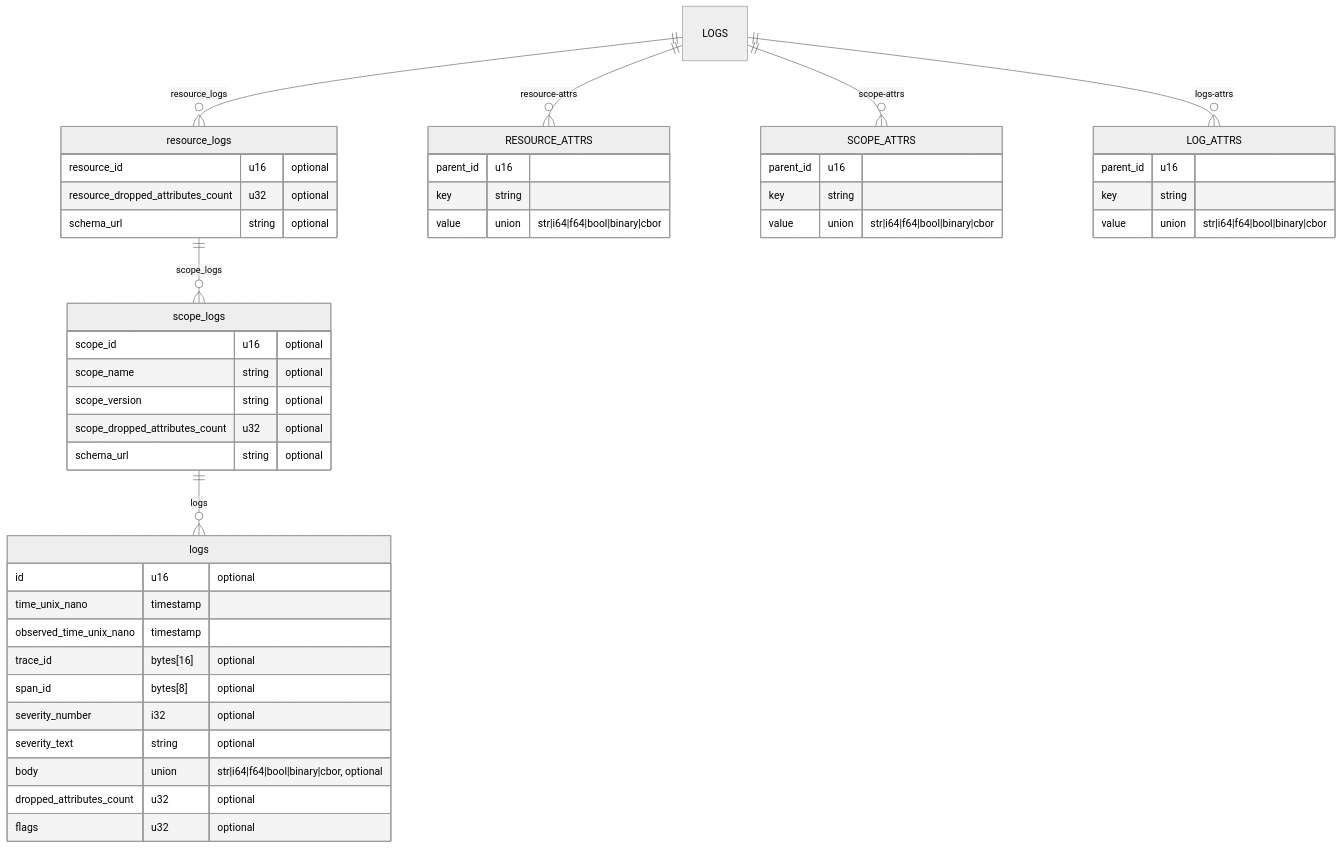
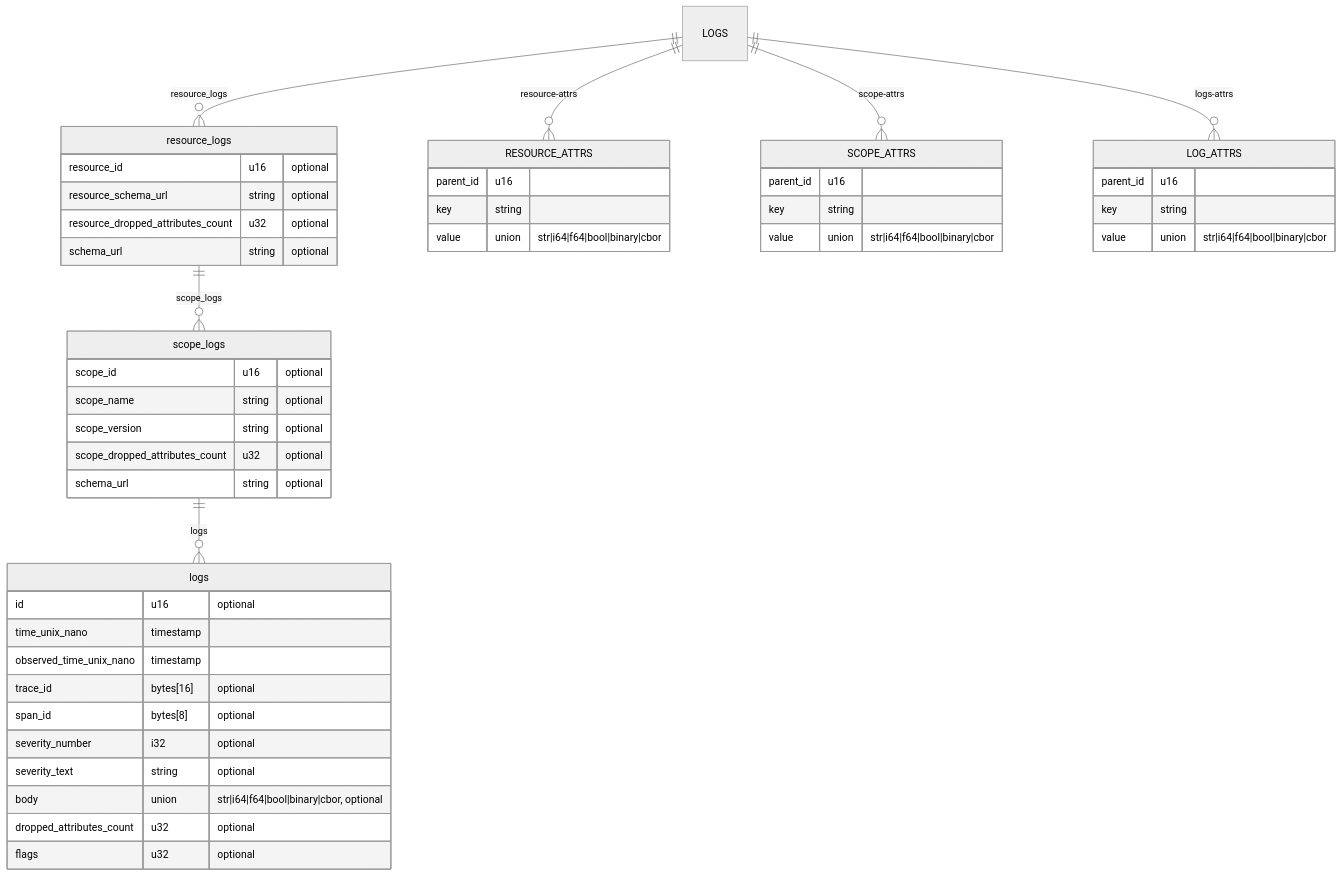
One commit to f5/otel-arrow-adapter changed the second of 3 diagrams in docs/data_model.md. Above: the diagram before and after it, drawn with Mermaid (neutral theme). The commit also changed other lines of this file and 28 other files, not shown here.

````diff
--- a/docs/data_model.md
+++ b/docs/data_model.md
@@ -218,50 +214,51 @@
 ```mermaid
 erDiagram
     LOGS ||--o{ resource_logs : resource_logs
     resource_logs ||--o{ scope_logs : scope_logs
     scope_logs ||--o{ logs : logs
     LOGS ||--o{ RESOURCE_ATTRS : resource-attrs
     LOGS ||--o{ SCOPE_ATTRS : scope-attrs
     LOGS ||--o{ LOG_ATTRS : logs-attrs
-    LOG_ATTRS{
-        parent_id u16 
-        key string 
-        value union "str|i64|f64|bool|binary|cbor"
-    }
-    LOGS{
-    }
-    resource_logs{
-        resource_id u16 "optional"
-        resource_dropped_attributes_count u32 "optional"
-        schema_url string "optional"
-    }
     scope_logs{
         scope_id u16 "optional"
         scope_name string "optional"
         scope_version string "optional"
         scope_dropped_attributes_count u32 "optional"
         schema_url string "optional"
     }
     logs{
         id u16 "optional"
         time_unix_nano timestamp 
         observed_time_unix_nano timestamp 
         trace_id bytes[16] "optional"
         span_id bytes[8] "optional"
         severity_number i32 "optional"
         severity_text string "optional"
         body union "str|i64|f64|bool|binary|cbor, optional"
         dropped_attributes_count u32 "optional"
         flags u32 "optional"
     }
     RESOURCE_ATTRS{
         parent_id u16 
         key string 
         value union "str|i64|f64|bool|binary|cbor"
     }
     SCOPE_ATTRS{
         parent_id u16 
         key string 
         value union "str|i64|f64|bool|binary|cbor"
     }
+    LOG_ATTRS{
+        parent_id u16 
+        key string 
+        value union "str|i64|f64|bool|binary|cbor"
+    }
+    LOGS{
+    }
+    resource_logs{
+        resource_id u16 "optional"
+        resource_schema_url string "optional"
+        resource_dropped_attributes_count u32 "optional"
+        schema_url string "optional"
+    }
 ```
````
